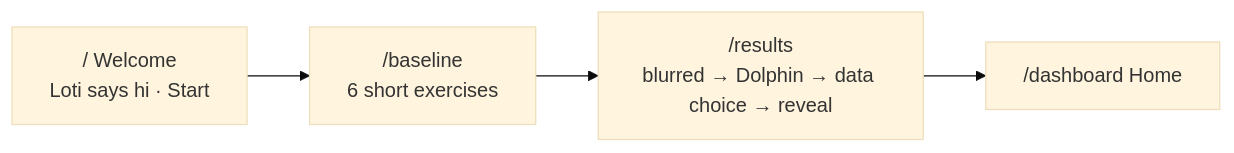
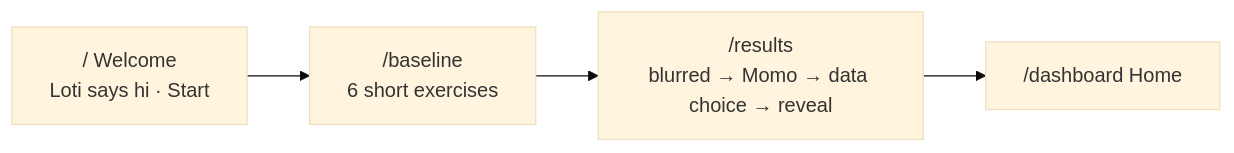
The diagram in docs/design/BRAND-V2.md (anwrG-p/ai4brain), drawn with Mermaid (base theme) before and after one commit. The commit also changed other lines of this file and 12 other files, not shown here.

First line of the commit message:
docs(brand): the four art references, and Loti + Momo the dolphin in the brand docs (ART-1)

````diff
--- a/docs/design/BRAND-V2.md
+++ b/docs/design/BRAND-V2.md
@@ -40,6 +57,6 @@
 ```mermaid
 flowchart LR
   W["/ Welcome<br/>Loti says hi · Start"] --> B["/baseline<br/>6 short exercises"]
-  B --> R["/results<br/>blurred → Dolphin → data choice → reveal"]
+  B --> R["/results<br/>blurred → Momo → data choice → reveal"]
   R --> H["/dashboard Home"]
 ```
````
